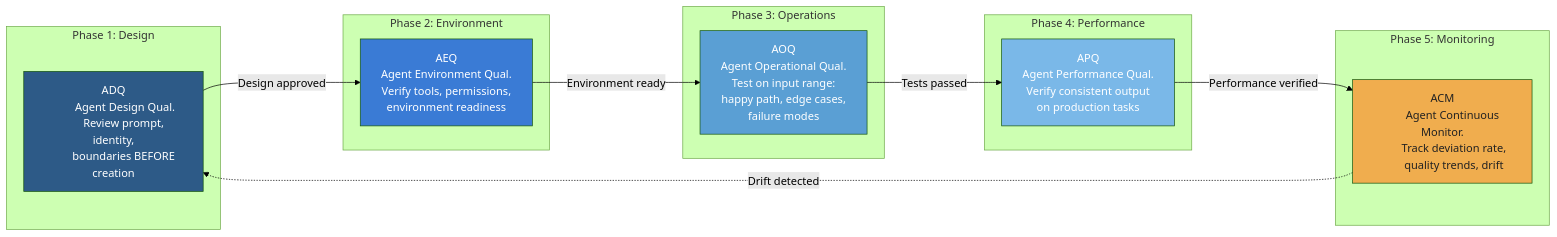
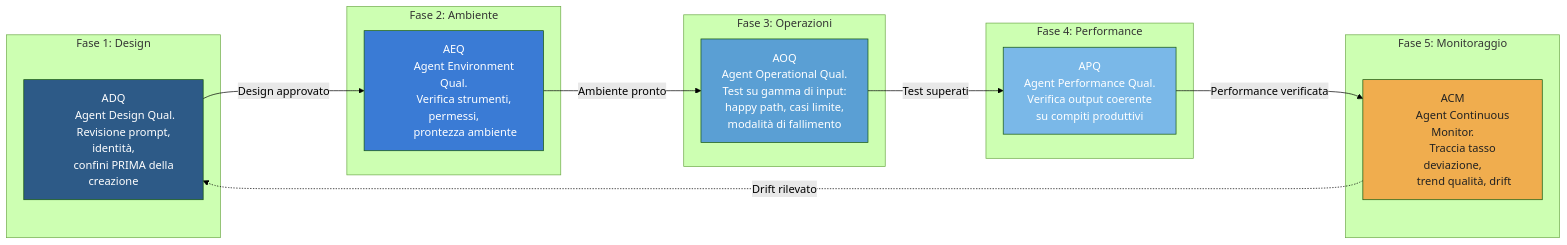
Before and after one commit to teamolimpo/TeamOlimpo: the fourth of 5 diagrams in paper/whitepaper-it.md, drawn with Mermaid (forest theme). The commit also changed other lines of this file and 2 other files, not shown here.

````diff
--- a/paper/whitepaper-it.md
+++ b/paper/whitepaper-it.md
@@ -265,50 +347,50 @@
 ```mermaid
 flowchart LR
-    subgraph "Phase 1: Design"
+    subgraph "Fase 1: Design"
         ADQ["ADQ
         Agent Design Qual.
-        Review prompt, identity,
-        boundaries BEFORE creation"]
+        Revisione prompt, identità,
+        confini PRIMA della creazione"]
     end
     
-    subgraph "Phase 2: Environment"
+    subgraph "Fase 2: Ambiente"
         AEQ["AEQ
         Agent Environment Qual.
-        Verify tools, permissions,
-        environment readiness"]
+        Verifica strumenti, permessi,
+        prontezza ambiente"]
     end
     
-    subgraph "Phase 3: Operations"
+    subgraph "Fase 3: Operazioni"
         AOQ["AOQ
         Agent Operational Qual.
-        Test on input range:
-        happy path, edge cases,
-        failure modes"]
+        Test su gamma di input:
+        happy path, casi limite,
+        modalità di fallimento"]
     end
     
-    subgraph "Phase 4: Performance"
+    subgraph "Fase 4: Performance"
         APQ["APQ
         Agent Performance Qual.
-        Verify consistent output
-        on production tasks"]
+        Verifica output coerente
+        su compiti produttivi"]
     end
     
-    subgraph "Phase 5: Monitoring"
+    subgraph "Fase 5: Monitoraggio"
         ACM["ACM
         Agent Continuous Monitor.
-        Track deviation rate,
-        quality trends, drift"]
+        Traccia tasso deviazione,
+        trend qualità, drift"]
     end
     
-    ADQ -->|"Design approved"| AEQ
-    AEQ -->|"Environment ready"| AOQ
-    AOQ -->|"Tests passed"| APQ
-    APQ -->|"Performance verified"| ACM
-    ACM -.->|"Drift detected"| ADQ
+    ADQ -->|"Design approvato"| AEQ
+    AEQ -->|"Ambiente pronto"| AOQ
+    AOQ -->|"Test superati"| APQ
+    APQ -->|"Performance verificata"| ACM
+    ACM -.->|"Drift rilevato"| ADQ
     
     style ADQ fill:#2d5a87,color:#fff
     style AEQ fill:#3a7bd5,color:#fff
     style AOQ fill:#5a9fd4,color:#fff
     style APQ fill:#7ab8e8,color:#fff
     style ACM fill:#f0ad4e,color:#222
 ```
````
